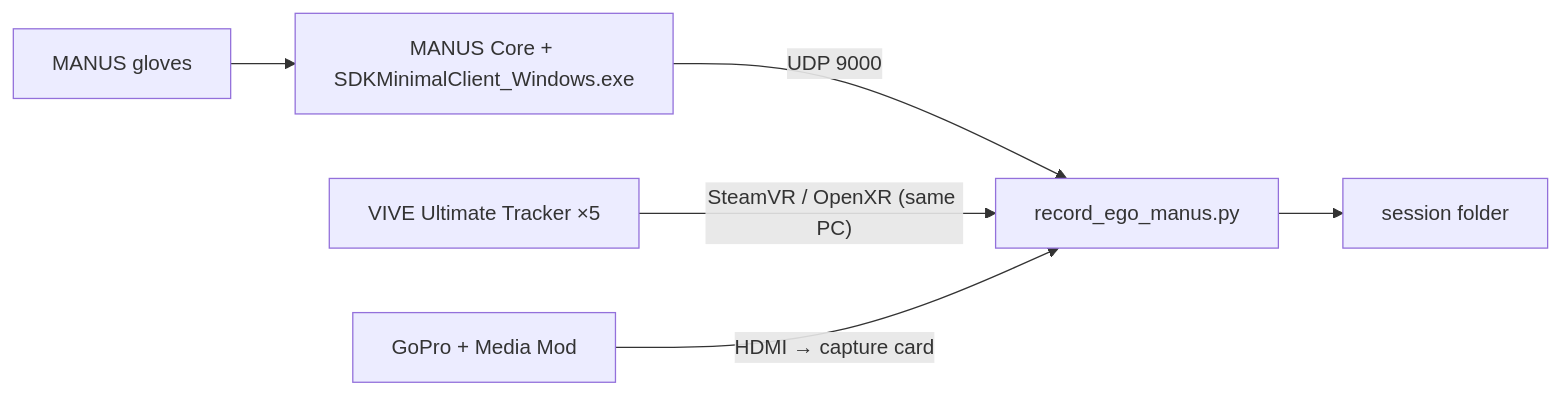
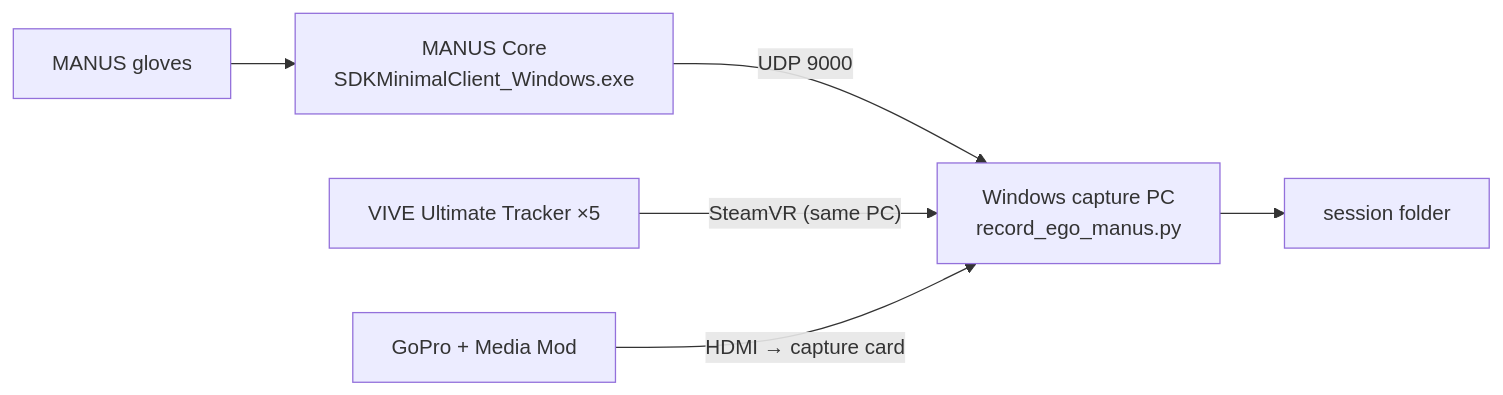
One commit to InternRobotics/EgoExplorer-Guidelines changed the second of 2 diagrams in docs/en/02_host_setup.md. Above: the diagram before and after it, drawn with Mermaid. The commit also changed other lines of this file and 31 other files, not shown here.

First line of the commit message:
Edit the guidelines for clarity and layout; rebuild the rig figure

````diff
--- a/docs/en/02_host_setup.md
+++ b/docs/en/02_host_setup.md
@@ -121,7 +24,7 @@
-```mermaid
-flowchart LR
-    M[MANUS gloves] --> MC[MANUS Core + SDKMinimalClient_Windows.exe] -- UDP 9000 --> R
-    T[VIVE Ultimate Tracker ×5] -- SteamVR / OpenXR (same PC) --> R
-    G[GoPro + Media Mod] -- HDMI → capture card --> R[record_ego_manus.py]
-    R --> F[session folder]
-```
+    ```mermaid
+    flowchart LR
+        M[MANUS gloves] --> MC[MANUS Core<br/>SDKMinimalClient_Windows.exe] -- UDP 9000 --> R
+        T[VIVE Ultimate Tracker ×5] -- SteamVR (same PC) --> R
+        G[GoPro + Media Mod] -- HDMI → capture card --> R[Windows capture PC<br/>record_ego_manus.py]
+        R --> F[session folder]
+    ```
````
